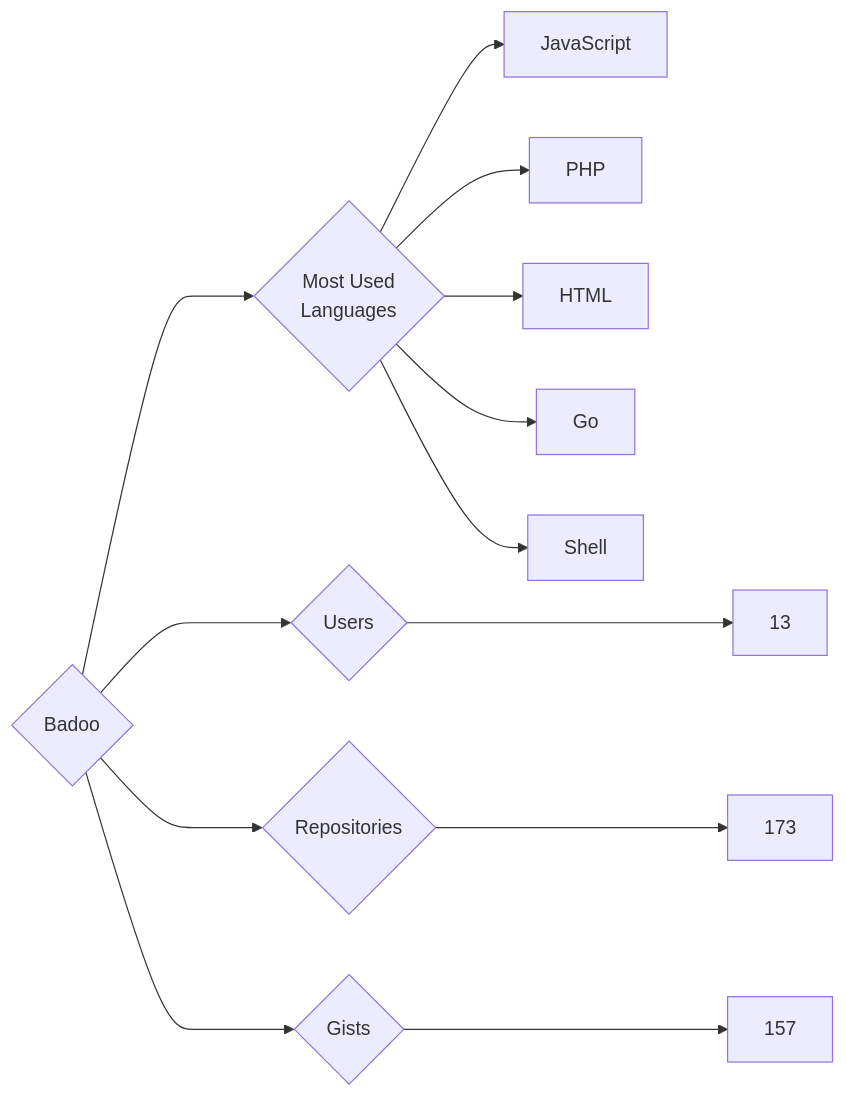
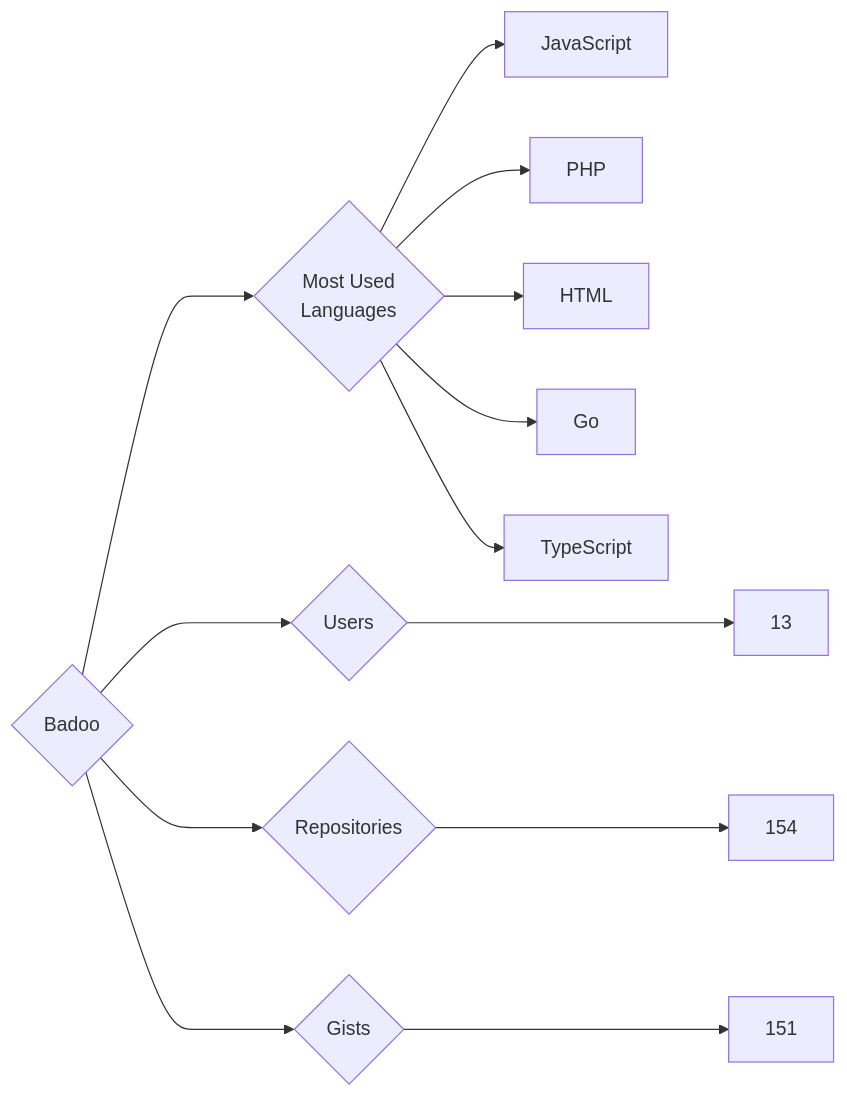
The diagram in targets/Badoo/README.md (trickest/insiders), drawn with Mermaid before and after one commit. The commit also changed 772 other files, not shown here.

````diff
--- a/targets/Badoo/README.md
+++ b/targets/Badoo/README.md
@@ -3,13 +3,13 @@
 ```mermaid
 graph LR
 COMPANY_NAME{Badoo}
 COMPANY_NAME ---> U{Users} ---> UN[13]
-COMPANY_NAME ---> R{Repositories} ---> RN[173]
-COMPANY_NAME ---> G{Gists} ---> GN[157]
+COMPANY_NAME ---> R{Repositories} ---> RN[154]
+COMPANY_NAME ---> G{Gists} ---> GN[151]
 COMPANY_NAME ---> ML{Most Used<br>Languages}
 ML --> JavaScript[JavaScript]
 ML --> PHP[PHP]
 ML --> HTML[HTML]
 ML --> Go[Go]
-ML --> Shell[Shell]
+ML --> TypeScript[TypeScript]
 ```
````
